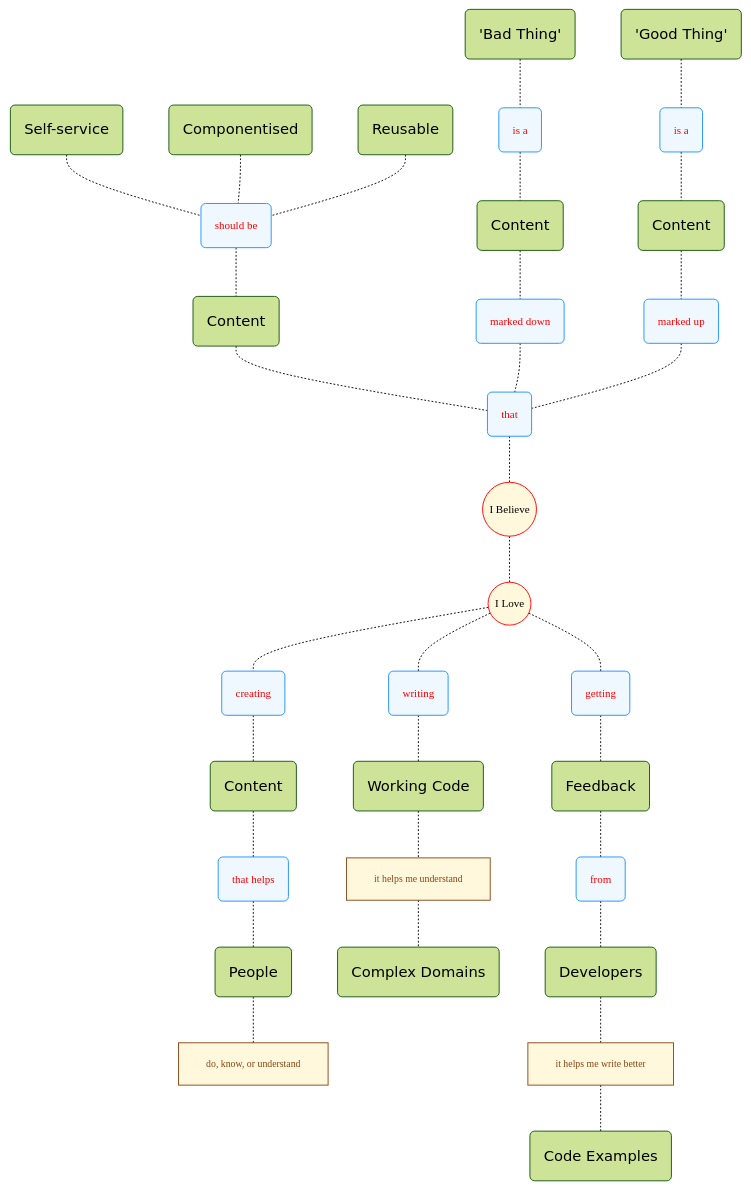
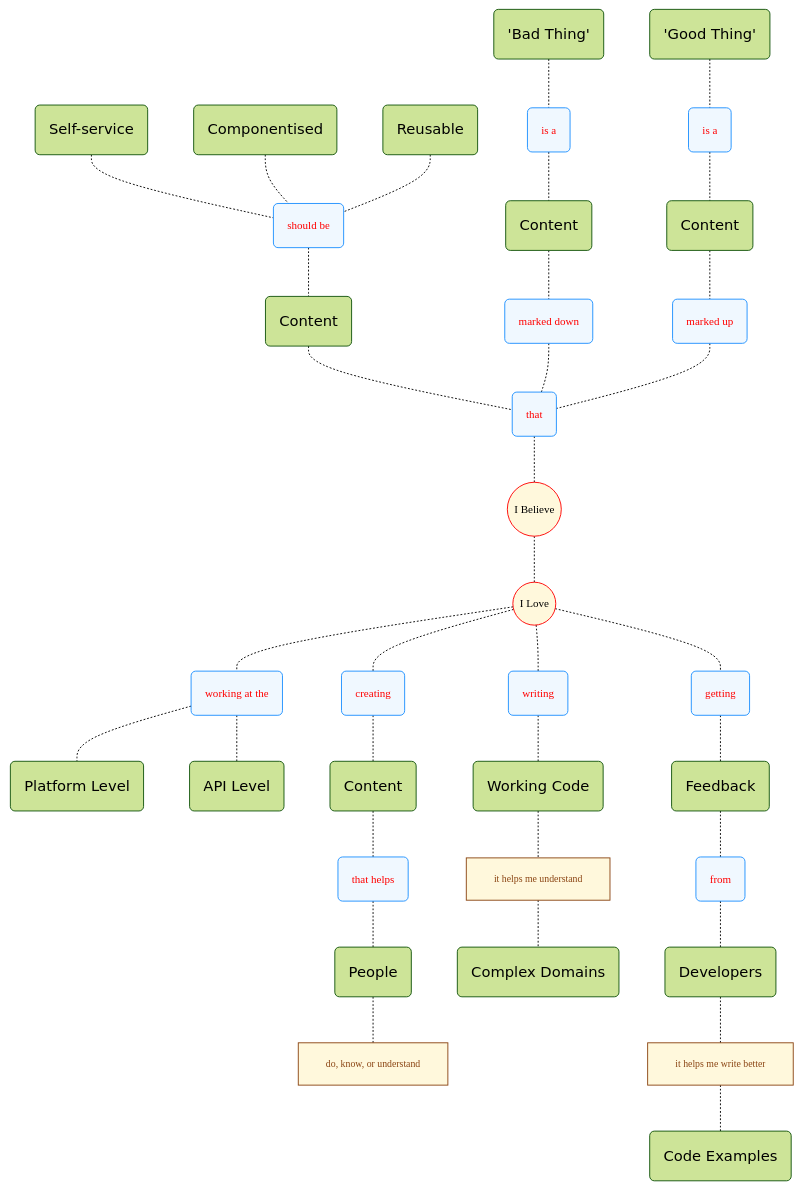
One commit to joe-dorward/samples changed the first of 2 diagrams in my_mindmap_02.md. Above: the diagram before and after it, drawn with Mermaid.

```diff
--- a/my_mindmap_02.md
+++ b/my_mindmap_02.md
@@ -42,6 +42,17 @@
   I_LOVE(("I Love")):::Start
 
   I_BELIEVE-.-I_LOVE
+
+  %% ---------- ---------- ---------- ---------- ----------
+  WORKING_AT_THE("working at the")
+  PLATFORM_LEVEL("Platform Level")
+  API_LEVEL("API Level")
+
+  class WORKING_AT_THE Verb;
+
+  I_LOVE-.-
+  WORKING_AT_THE-.-PLATFORM_LEVEL
+  WORKING_AT_THE-.-API_LEVEL
   %% ---------- ---------- ---------- ---------- ----------
   CREATING("creating")
   CONTENT_4("Content")
```
